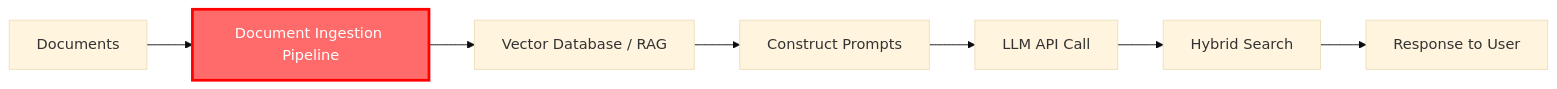
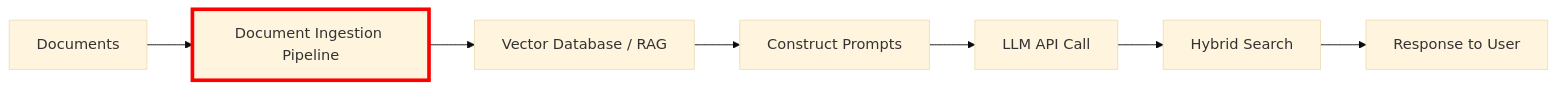
One commit to Shaddix/mostlylucidweb changed the first of 11 diagrams in Mostlylucid/Markdown/whycommercialaiprojectsaredumb.md. Above: the diagram before and after it, drawn with Mermaid (base theme). The commit also changed other lines of this file, not shown here.

First line of the commit message:
enhance: add mermaid diagrams, VC startup trap section, and internal links

````diff
--- a/Mostlylucid/Markdown/whycommercialaiprojectsaredumb.md
+++ b/Mostlylucid/Markdown/whycommercialaiprojectsaredumb.md
@@ -28,12 +28,11 @@
 ```mermaid
 flowchart LR
     A[Documents] --> B[Document Ingestion Pipeline]
     B --> C[Vector Database / RAG]
     C --> D[Construct Prompts]
     D --> E[LLM API Call]
     E --> F[Hybrid Search]
     F --> G[Response to User]
 
-    style B fill:#ff6b6b,color:#fff
-    style B stroke:#ff0000,stroke-width:3px
+    style B stroke:#ff0000,stroke-width:4px
 ```
````
